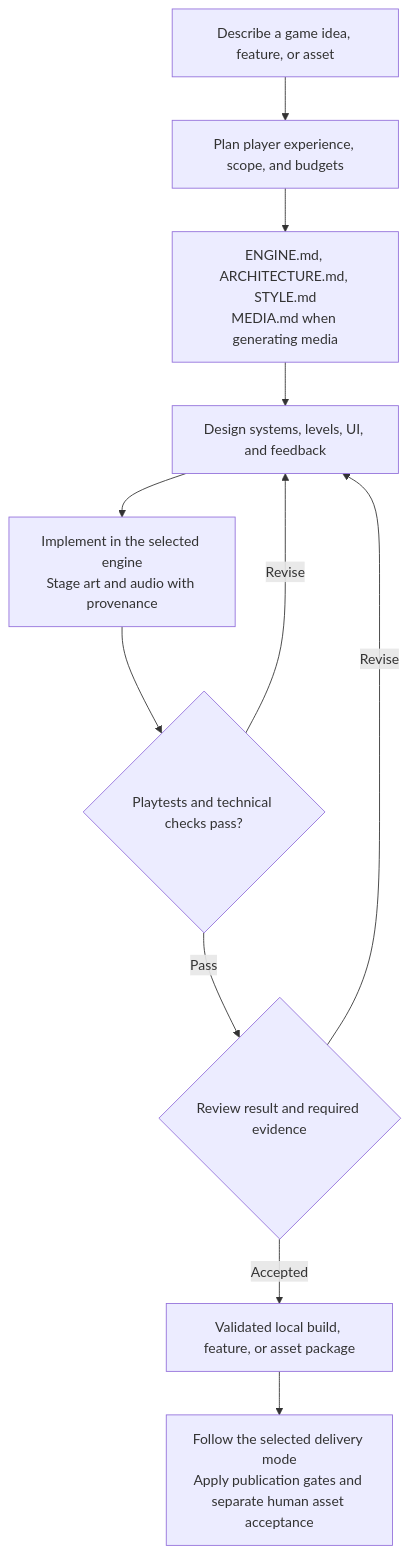
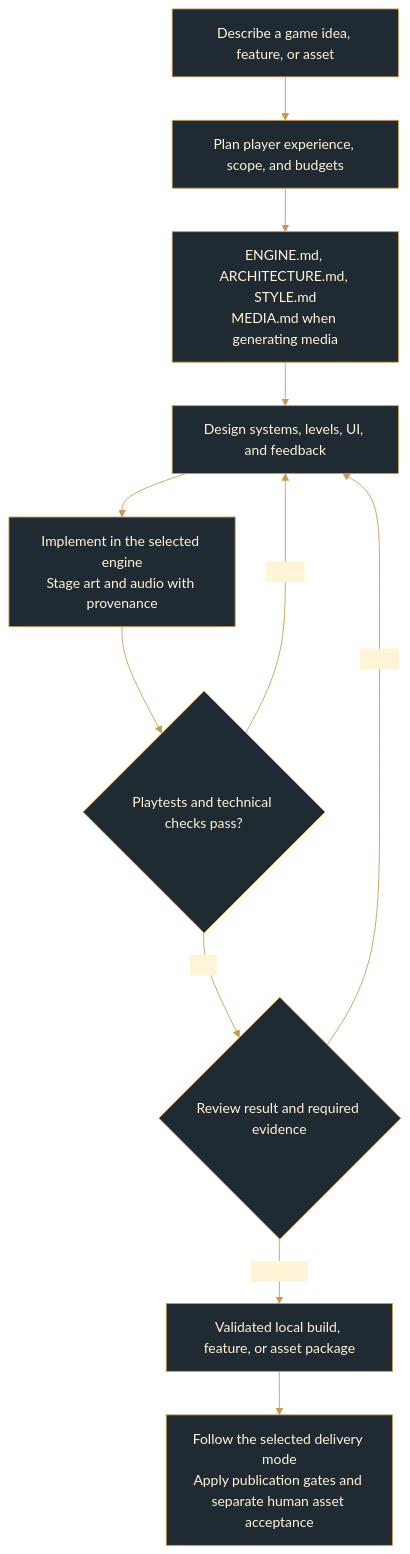
The first of 5 diagrams in README.md (TimothyMeadows/OpenCaw), drawn with Mermaid before and after one commit. The commit also changed other lines of this file and 526 other files, not shown here.

````diff
--- a/README.md
+++ b/README.md
@@ -14,16 +16,17 @@
 ```mermaid
+%%{init: {"theme":"base","themeVariables":{"primaryColor":"#202A32","primaryTextColor":"#FFF4D6","primaryBorderColor":"#C69A52","lineColor":"#C69A52","secondaryColor":"#46535E","tertiaryColor":"#202A32","edgeLabelBackground":"#FFF4D6"}}}%%
 flowchart TB
-    accTitle: OpenCaw video game production
+    accTitle: Hephaera video game production
     accDescr: Describe a game idea or production task, define player experience and budgets, resolve project contracts, and iterate on design, engine implementation, and staged assets. Playtests and technical checks lead to review or further revision. A validated local result goes through separate authorization for publication and runtime asset promotion.
 
     Request["Describe a game idea, feature, or asset"] --> Brief["Plan player experience, scope, and budgets"]
     Brief --> Contracts["ENGINE.md, ARCHITECTURE.md, STYLE.md<br/>MEDIA.md when generating media"]
     Contracts --> Design["Design systems, levels, UI, and feedback"]
     Design --> Implement["Implement in the selected engine<br/>Stage art and audio with provenance"]
     Implement --> Verify{"Playtests and technical checks pass?"}
     Verify -->|"Revise"| Design
     Verify -->|"Pass"| Review{"Review result and required evidence"}
     Review -->|"Revise"| Design
     Review -->|"Accepted"| Local["Validated local build, feature, or asset package"]
     Local --> Delivery["Follow the selected delivery mode<br/>Apply publication gates and separate human asset acceptance"]
 ```
````
